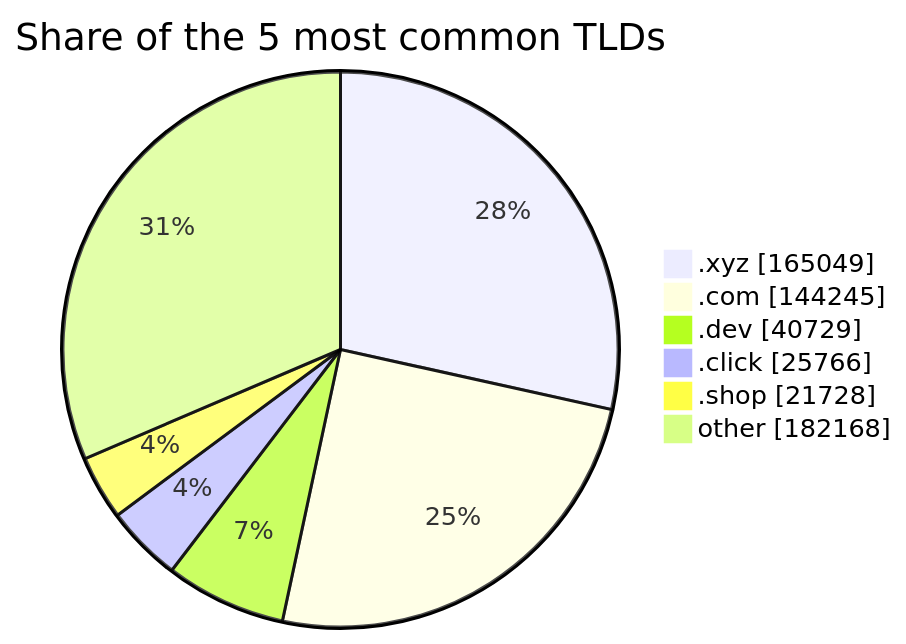
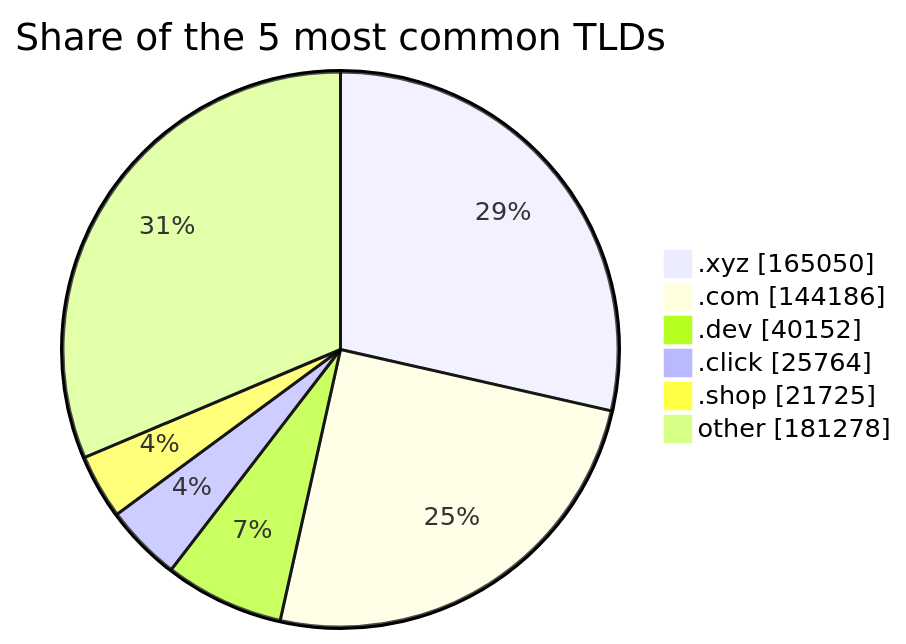
The third of 3 diagrams in README.md (DNSBunker/CTI), drawn with Mermaid before and after one commit. The commit also changed other lines of this file and 3 other files, not shown here.

````diff
--- a/README.md
+++ b/README.md
@@ -81,9 +81,9 @@
 ```mermaid
 pie showData title Share of the 5 most common TLDs
-    ".xyz" : 165049
-    ".com" : 144245
-    ".dev" : 40729
-    ".click" : 25766
-    ".shop" : 21728
-    "other" : 182168
+    ".xyz" : 165050
+    ".com" : 144186
+    ".dev" : 40152
+    ".click" : 25764
+    ".shop" : 21725
+    "other" : 181278
 ```
````
